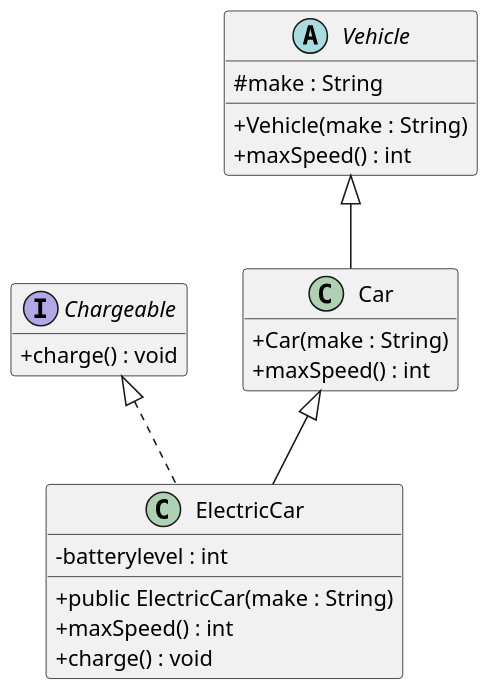
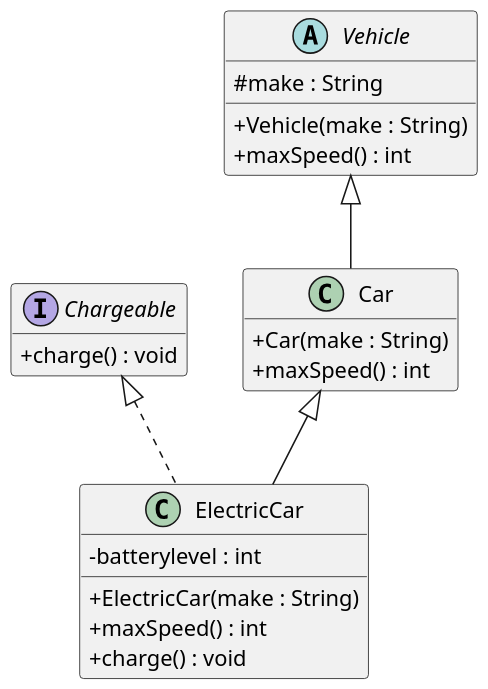
One commit to Nomen-code/CSC207-notes changed the diagram in plantuml/exercises/vehicles-uml-starter.puml. Above: the diagram before and after it, drawn with PlantUML.

Commit message:
corrected vehicle-uml

```diff
--- a/plantuml/exercises/vehicles-uml-starter.puml
+++ b/plantuml/exercises/vehicles-uml-starter.puml
@@ -1,42 +1,42 @@
 @startuml
 skinparam dpi 150
 skinparam classAttributeIconSize 0
 hide empty members
 
 ' Your task (Chapter 3, Question 2): draw the UML class diagram for the
 ' Vehicle / Car / ElectricCar / Chargeable code.
 '
 ' Define each type as a box, then connect them with the right arrows. One box
 ' (Chargeable) is filled in as an example — complete the other three and add the
 ' relationships.
 '
 ' PlantUML cheat-sheet:
 '   interface Name { + method() : Type }
 '   abstract class Name { # field : Type }
 '   class Name { - field : Type }
 '   Parent    <|-- Child    ' generalization: Child extends Parent
 '   Interface <|.. Class    ' realization:    Class implements Interface
 ' (Putting the parent/interface on the LEFT of the arrow keeps it on top.)
 
 interface Chargeable {
   + charge() : void
 }
 
 abstract class Vehicle {
     # make : String
     + Vehicle(make : String)
     + maxSpeed() : int
 }
 
 class Car extends Vehicle {
     + Car(make : String)
     + maxSpeed() : int
 }
 
 class ElectricCar extends Car implements Chargeable {
     - batterylevel : int
-    + public ElectricCar(make : String)
+    + ElectricCar(make : String)
     + maxSpeed() : int
     + charge() : void
 }
 @enduml
```
